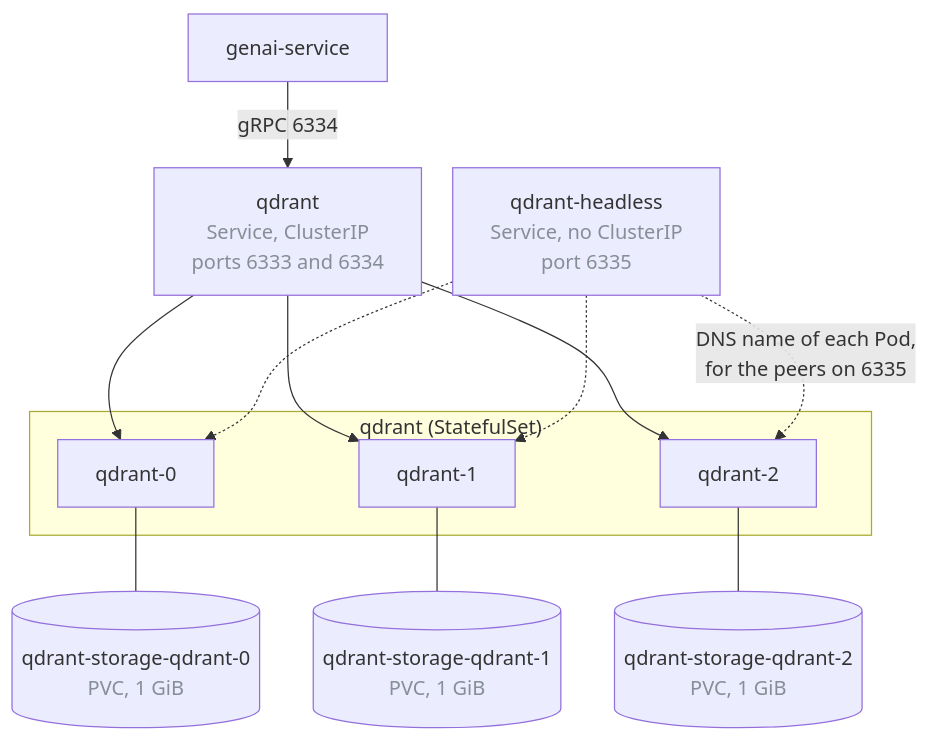
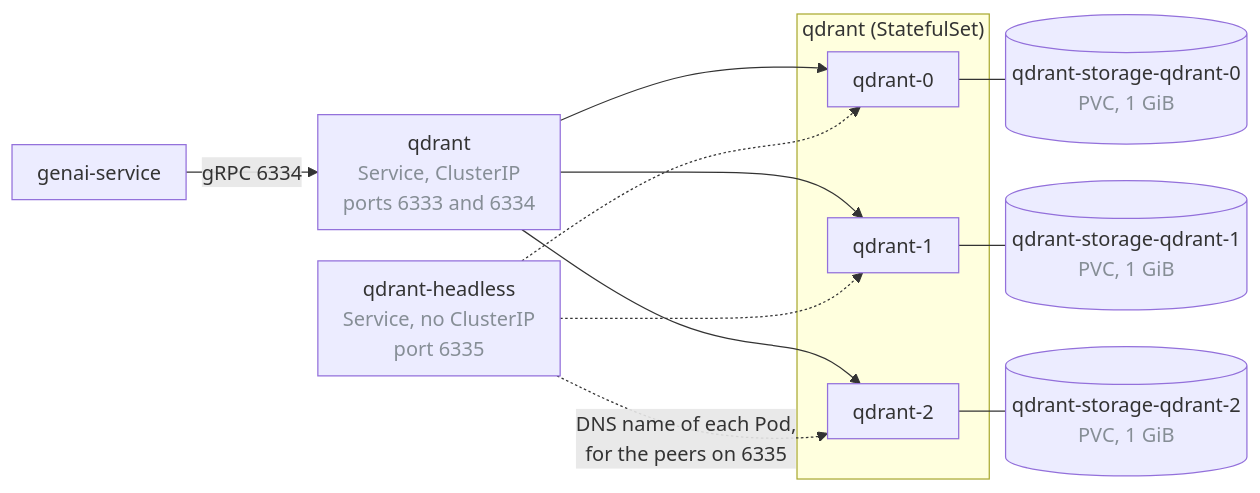
One commit to mincong-h/mincong-h.github.io changed the fourth of 4 diagrams in _posts/2026-11-08-esigelec-kubernetes-2026.md. Above: the diagram before and after it, drawn with Mermaid.

Commit message:
Lay out Figure 13 of the ESIGELEC Kubernetes 2026 Recap from left to right
From left to right, the diagram is about half as tall: the 3 Pods are in
one column and their 3 volumes in the next one. A smaller spacing between
the columns and a smaller padding in the nodes keep it about 965 px wide,
so that the text stays readable in the column of the blog.

````diff
--- a/_posts/2026-11-08-esigelec-kubernetes-2026.md
+++ b/_posts/2026-11-08-esigelec-kubernetes-2026.md
@@ -420,33 +420,34 @@
 ```mermaid
 ---
 config:
   flowchart:
     nodeSpacing: 25
-    rankSpacing: 45
+    rankSpacing: 25
+    padding: 10
 ---
-flowchart TB
+flowchart LR
     genai["genai-service"]
     qdrant["qdrant<br><span style='color:#868e96 !important'>Service, ClusterIP<br>ports 6333 and 6334</span>"]
     headless["qdrant-headless<br><span style='color:#868e96 !important'>Service, no ClusterIP<br>port 6335</span>"]
 
     subgraph sts["qdrant (StatefulSet)"]
         q0["qdrant-0"]
         q1["qdrant-1"]
         q2["qdrant-2"]
     end
 
     v0[("qdrant-storage-qdrant-0<br><span style='color:#868e96 !important'>PVC, 1 GiB</span>")]
     v1[("qdrant-storage-qdrant-1<br><span style='color:#868e96 !important'>PVC, 1 GiB</span>")]
     v2[("qdrant-storage-qdrant-2<br><span style='color:#868e96 !important'>PVC, 1 GiB</span>")]
 
     genai -->|"gRPC 6334"| qdrant
     qdrant --> q0
     qdrant --> q1
     qdrant --> q2
     headless -.-> q0
     headless -.-> q1
     headless -.->|"DNS name of each Pod,<br>for the peers on 6335"| q2
     q0 --- v0
     q1 --- v1
     q2 --- v2
 ```
````
